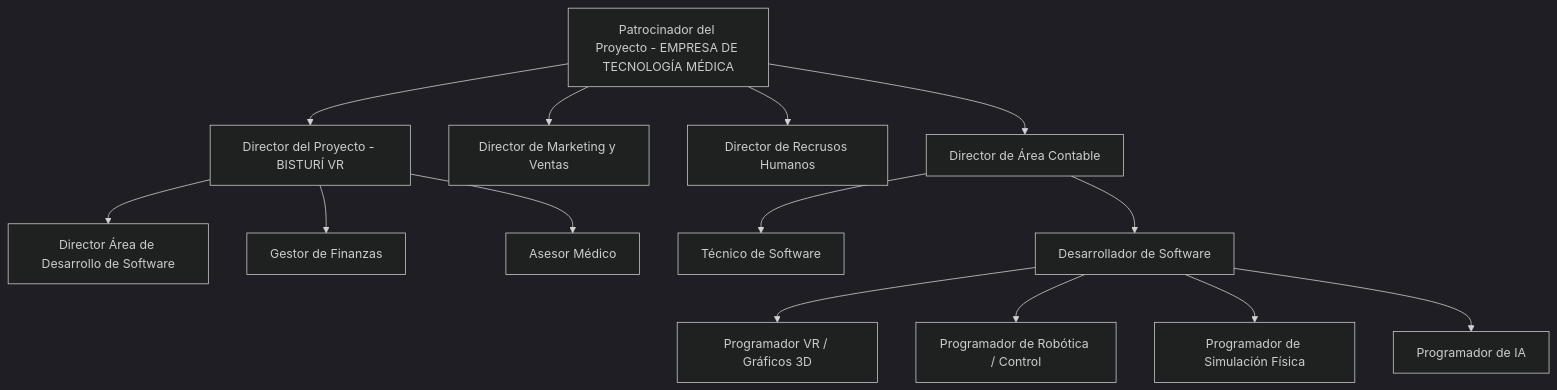
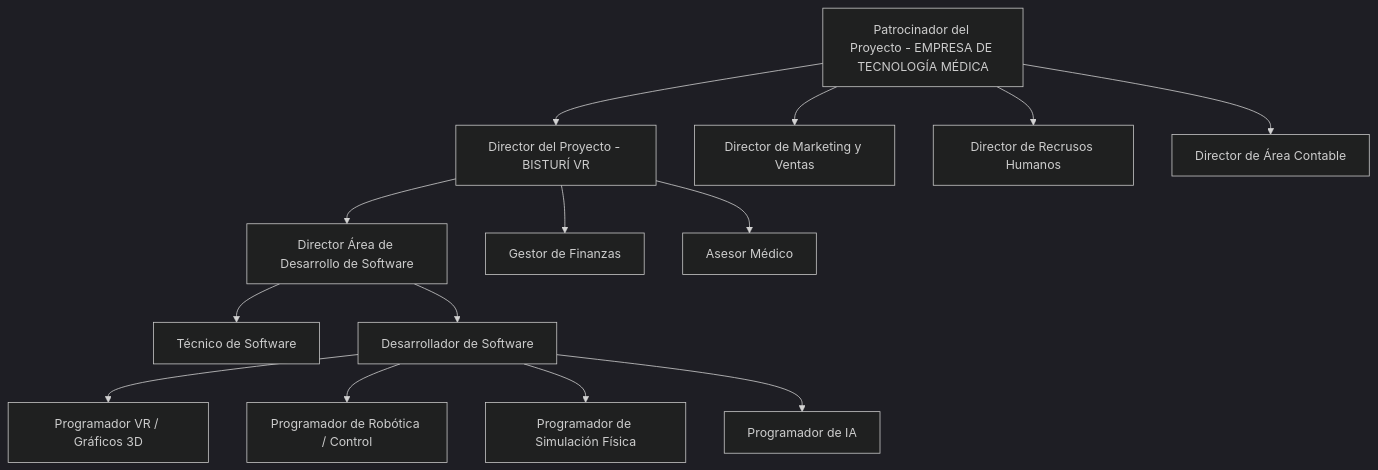
Before and after one commit to TomasGonzalez1204/plan-proyecto-gp-uner: the diagram in docs/01-plan-inicial/organizacion.md, drawn with Mermaid (dark theme).

````diff
--- a/docs/01-plan-inicial/organizacion.md
+++ b/docs/01-plan-inicial/organizacion.md
@@ -42,38 +42,38 @@
 ```mermaid
 graph TD
 
 A[Patrocinador del Proyecto - EMPRESA DE TECNOLOGÍA MÉDICA]
 B[Director del Proyecto - BISTURÍ VR]
 C[Director de Marketing y Ventas]
 D[Director de Recrusos Humanos]
 E[Director de Área Contable]
 
 F[Director Área de Desarrollo de Software]
 G[Gestor de Finanzas]
 H[Asesor Médico]
 
 I[Técnico de Software]
 J[Desarrollador de Software]
 
 K[Programador VR / Gráficos 3D]
 L[Programador de Robótica / Control]
 M[Programador de Simulación Física]
 N[Programador de IA]
 
 A --> B
 A --> C
 A --> D
 A --> E
 
 B --> F
 B --> G
 B --> H
 
-E --> I
-E --> J
+F --> I
+F --> J
 
 J --> K
 J --> L
 J --> M
 J --> N
 ```
````
